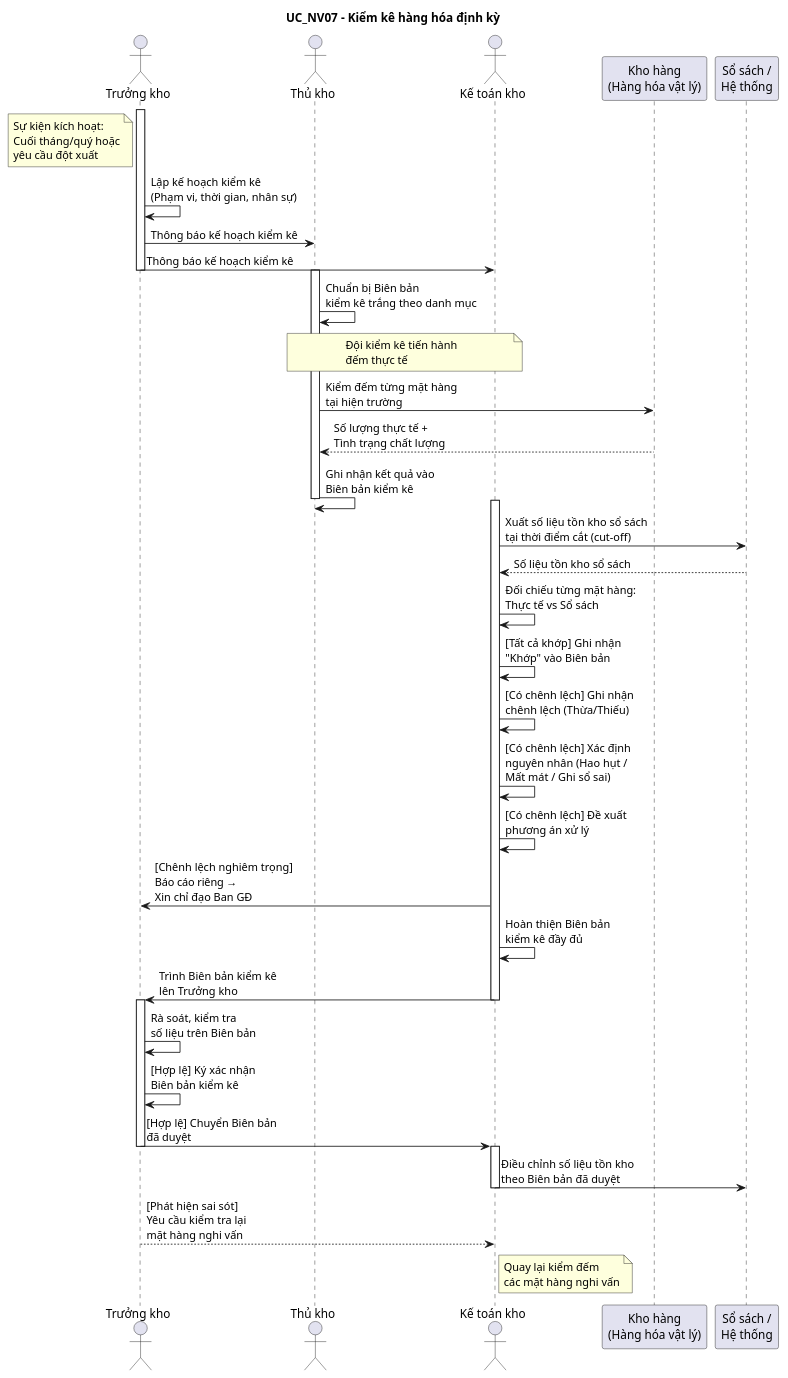
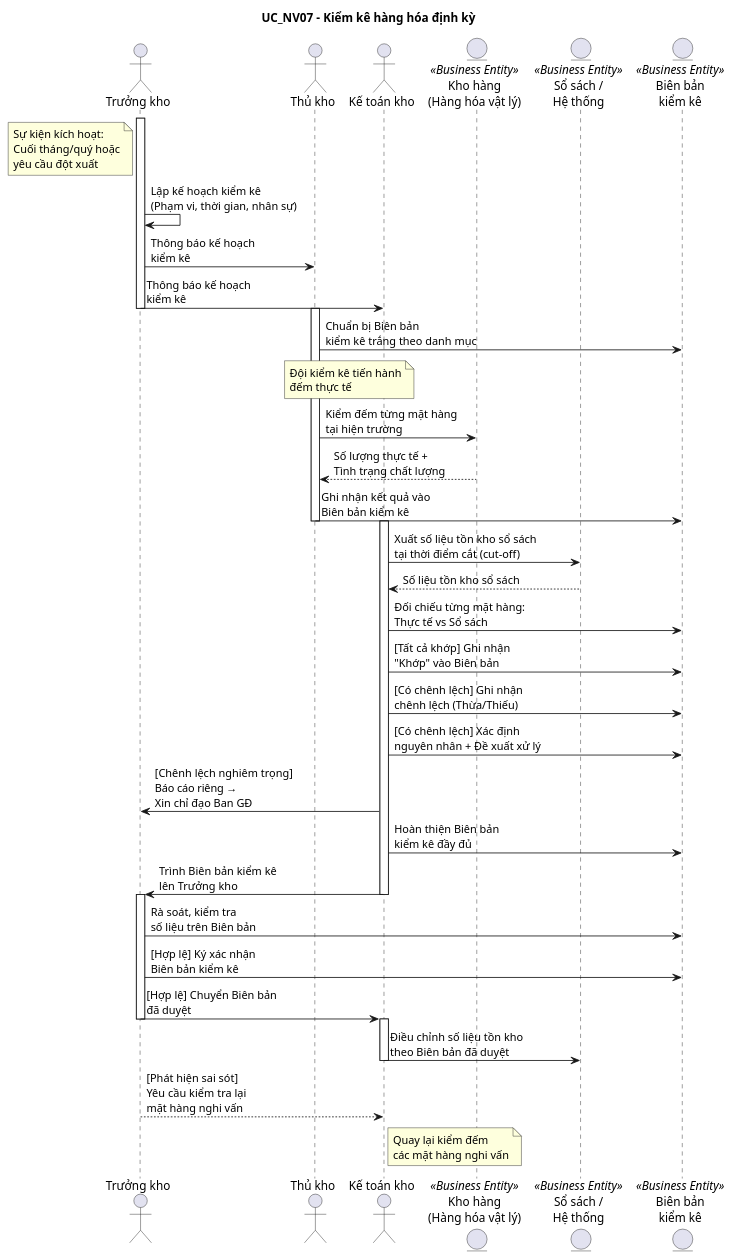
Before and after one commit to OXplakhoa/StorageManager: the diagram in diagrams/sequence_nv/seq_uc_nv07_kiem_ke.md, drawn with PlantUML. The commit also changed 9 other files, not shown here.

Commit message:
feat: add more skills base on syllabus and fix sequence diagram

````diff
--- a/diagrams/sequence_nv/seq_uc_nv07_kiem_ke.md
+++ b/diagrams/sequence_nv/seq_uc_nv07_kiem_ke.md
@@ -3,61 +3,62 @@
 ```plantuml
 @startuml
 title UC_NV07 – Kiểm kê hàng hóa định kỳ
 
 actor "Trưởng kho" as TrK
 actor "Thủ kho" as TK
 actor "Kế toán kho" as KTK
-participant "Kho hàng\n(Hàng hóa vật lý)" as KHO
-participant "Sổ sách /\nHệ thống" as SS
+entity "Kho hàng\n(Hàng hóa vật lý)" as KHO <<Business Entity>>
+entity "Sổ sách /\nHệ thống" as SS <<Business Entity>>
+entity "Biên bản\nkiểm kê" as BBKK <<Business Entity>>
 
 note left of TrK : Sự kiện kích hoạt:\nCuối tháng/quý hoặc\nyêu cầu đột xuất
 
 activate TrK
 TrK -> TrK : Lập kế hoạch kiểm kê\n(Phạm vi, thời gian, nhân sự)
-TrK -> TK : Thông báo kế hoạch kiểm kê
-TrK -> KTK : Thông báo kế hoạch kiểm kê
+TrK -> TK : Thông báo kế hoạch\nkiểm kê
+TrK -> KTK : Thông báo kế hoạch\nkiểm kê
 deactivate TrK
 
 activate TK
-TK -> TK : Chuẩn bị Biên bản\nkiểm kê trắng theo danh mục
+TK -> BBKK : Chuẩn bị Biên bản\nkiểm kê trắng theo danh mục
+
 note over TK, KTK : Đội kiểm kê tiến hành\nđếm thực tế
 
 TK -> KHO : Kiểm đếm từng mặt hàng\ntại hiện trường
 KHO --> TK : Số lượng thực tế +\nTình trạng chất lượng
-TK -> TK : Ghi nhận kết quả vào\nBiên bản kiểm kê
+TK -> BBKK : Ghi nhận kết quả vào\nBiên bản kiểm kê
 deactivate TK
 
 activate KTK
 KTK -> SS : Xuất số liệu tồn kho sổ sách\ntại thời điểm cắt (cut-off)
 SS --> KTK : Số liệu tồn kho sổ sách
 
-KTK -> KTK : Đối chiếu từng mặt hàng:\nThực tế vs Sổ sách
+KTK -> BBKK : Đối chiếu từng mặt hàng:\nThực tế vs Sổ sách
 
-KTK -> KTK : [Tất cả khớp] Ghi nhận\n"Khớp" vào Biên bản
+KTK -> BBKK : [Tất cả khớp] Ghi nhận\n"Khớp" vào Biên bản
 
-KTK -> KTK : [Có chênh lệch] Ghi nhận\nchênh lệch (Thừa/Thiếu)
-KTK -> KTK : [Có chênh lệch] Xác định\nnguyên nhân (Hao hụt /\nMất mát / Ghi sổ sai)
-KTK -> KTK : [Có chênh lệch] Đề xuất\nphương án xử lý
+KTK -> BBKK : [Có chênh lệch] Ghi nhận\nchênh lệch (Thừa/Thiếu)
+KTK -> BBKK : [Có chênh lệch] Xác định\nnguyên nhân + Đề xuất xử lý
 
 KTK -> TrK : [Chênh lệch nghiêm trọng]\nBáo cáo riêng →\nXin chỉ đạo Ban GĐ
 
-KTK -> KTK : Hoàn thiện Biên bản\nkiểm kê đầy đủ
+KTK -> BBKK : Hoàn thiện Biên bản\nkiểm kê đầy đủ
 KTK -> TrK : Trình Biên bản kiểm kê\nlên Trưởng kho
 deactivate KTK
 
 activate TrK
-TrK -> TrK : Rà soát, kiểm tra\nsố liệu trên Biên bản
+TrK -> BBKK : Rà soát, kiểm tra\nsố liệu trên Biên bản
 
-TrK -> TrK : [Hợp lệ] Ký xác nhận\nBiên bản kiểm kê
+TrK -> BBKK : [Hợp lệ] Ký xác nhận\nBiên bản kiểm kê
 TrK -> KTK : [Hợp lệ] Chuyển Biên bản\nđã duyệt
 deactivate TrK
 
 activate KTK
 KTK -> SS : Điều chỉnh số liệu tồn kho\ntheo Biên bản đã duyệt
 deactivate KTK
 
 TrK --> KTK : [Phát hiện sai sót]\nYêu cầu kiểm tra lại\nmặt hàng nghi vấn
 note right of KTK : Quay lại kiểm đếm\ncác mặt hàng nghi vấn
 
 @enduml
 ```
````
